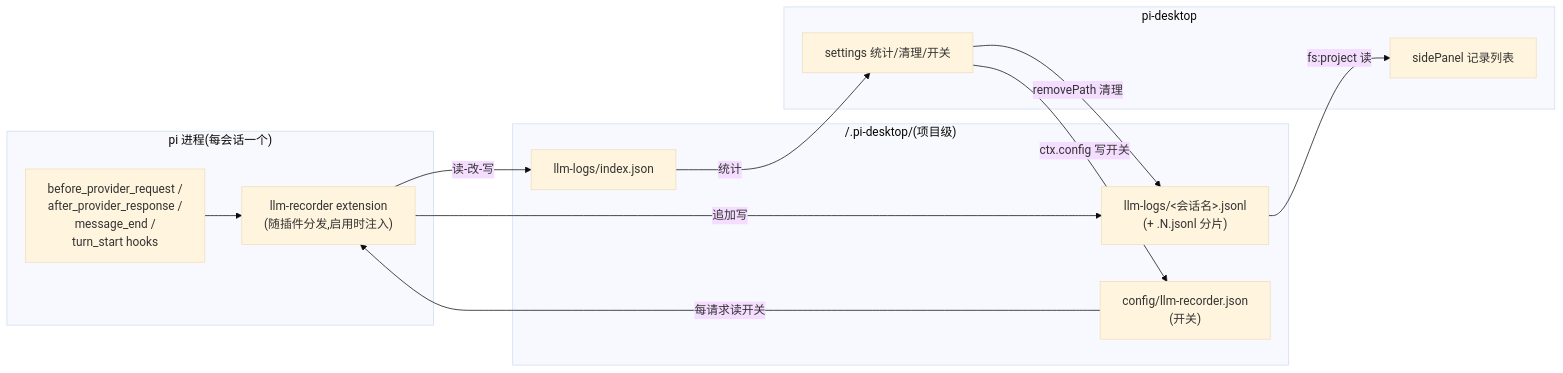
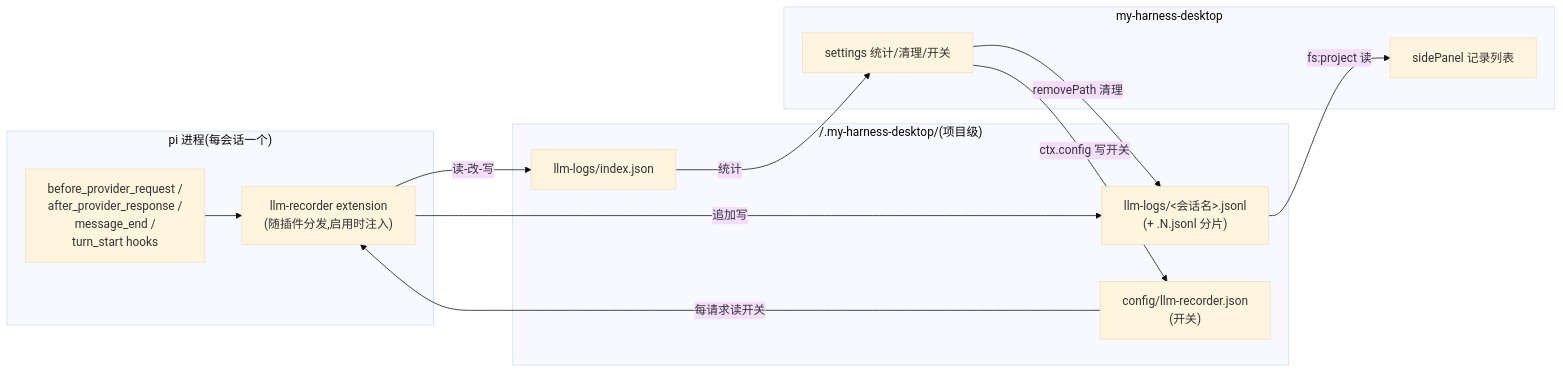
One commit to GOODDAYDAY/my-harness-desktop changed the diagram in docs/design/llm-recorder-design.md. Above: the diagram before and after it, drawn with Mermaid (base theme). The commit also changed other lines of this file and 529 other files, not shown here.

First line of the commit message:
chore: 改名 pi-desktop → my-harness-desktop

````diff
--- a/docs/design/llm-recorder-design.md
+++ b/docs/design/llm-recorder-design.md
@@ -160,24 +160,24 @@
 ```mermaid
 flowchart LR
     subgraph PI["pi 进程(每会话一个)"]
         H["before_provider_request /<br/>after_provider_response /<br/>message_end /<br/>turn_start hooks"]
         EXT["llm-recorder extension<br/>(随插件分发,启用时注入)"]
         H --> EXT
     end
-    subgraph FS["<cwd>/.pi-desktop/(项目级)"]
+    subgraph FS["<cwd>/.my-harness-desktop/(项目级)"]
         LOG["llm-logs/<会话名>.jsonl<br/>(+ .N.jsonl 分片)"]
         IDX["llm-logs/index.json"]
         CFG["config/llm-recorder.json<br/>(开关)"]
     end
-    subgraph DESK["pi-desktop"]
+    subgraph DESK["my-harness-desktop"]
         PANEL["sidePanel 记录列表"]
         SET["settings 统计/清理/开关"]
     end
     EXT -->|追加写| LOG
     EXT -->|读-改-写| IDX
     CFG -->|每请求读开关| EXT
     LOG -->|fs:project 读| PANEL
     IDX -->|统计| SET
     SET -->|removePath 清理| LOG
     SET -->|ctx.config 写开关| CFG
 ```
````
